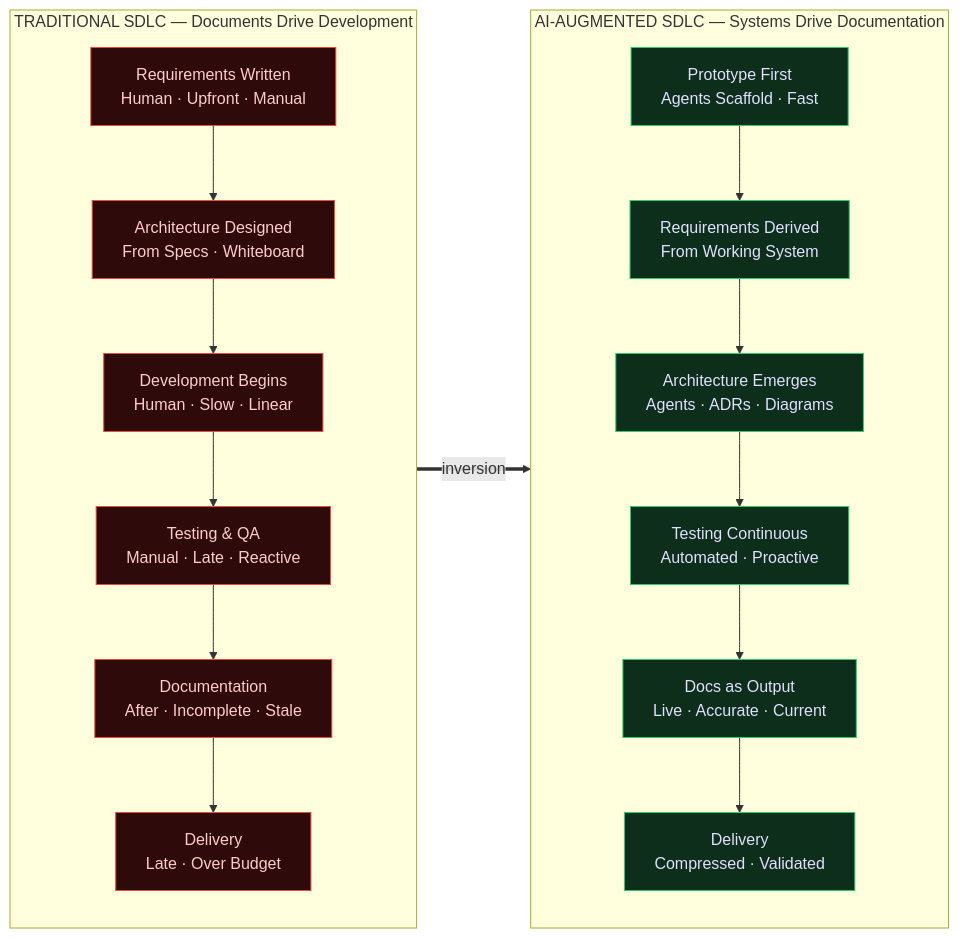
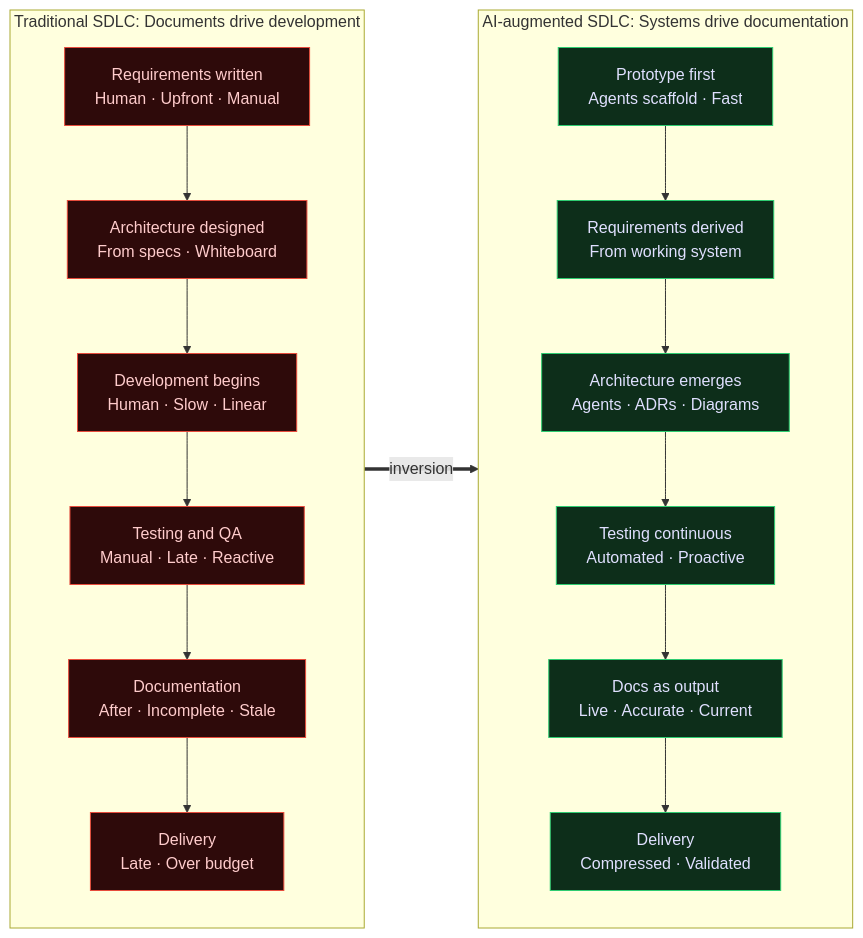
Before and after one commit to bryancalabro/bryancalabro: the fourth of 12 diagrams in README.md, drawn with Mermaid. The commit also changed other lines of this file and 1 other file, not shown here.

First line of the commit message:
Profile: generated diagrams and recent apps, sentence case, no em dashes

````diff
--- a/README.md
+++ b/README.md
@@ -214,32 +227,32 @@
 ```mermaid
 flowchart LR
-    subgraph BEFORE["TRADITIONAL SDLC — Documents Drive Development"]
+    subgraph BEFORE["Traditional SDLC: Documents drive development"]
         direction TB
-        B1["Requirements Written<br/>Human · Upfront · Manual"]
-        B2["Architecture Designed<br/>From Specs · Whiteboard"]
-        B3["Development Begins<br/>Human · Slow · Linear"]
-        B4["Testing & QA<br/>Manual · Late · Reactive"]
+        B1["Requirements written<br/>Human · Upfront · Manual"]
+        B2["Architecture designed<br/>From specs · Whiteboard"]
+        B3["Development begins<br/>Human · Slow · Linear"]
+        B4["Testing and QA<br/>Manual · Late · Reactive"]
         B5["Documentation<br/>After · Incomplete · Stale"]
-        B6["Delivery<br/>Late · Over Budget"]
+        B6["Delivery<br/>Late · Over budget"]
         B1 --> B2 --> B3 --> B4 --> B5 --> B6
     end
 
     BEFORE ==>|inversion| AFTER
 
-    subgraph AFTER["AI-AUGMENTED SDLC — Systems Drive Documentation"]
+    subgraph AFTER["AI-augmented SDLC: Systems drive documentation"]
         direction TB
-        A1["Prototype First<br/>Agents Scaffold · Fast"]
-        A2["Requirements Derived<br/>From Working System"]
-        A3["Architecture Emerges<br/>Agents · ADRs · Diagrams"]
-        A4["Testing Continuous<br/>Automated · Proactive"]
-        A5["Docs as Output<br/>Live · Accurate · Current"]
+        A1["Prototype first<br/>Agents scaffold · Fast"]
+        A2["Requirements derived<br/>From working system"]
+        A3["Architecture emerges<br/>Agents · ADRs · Diagrams"]
+        A4["Testing continuous<br/>Automated · Proactive"]
+        A5["Docs as output<br/>Live · Accurate · Current"]
         A6["Delivery<br/>Compressed · Validated"]
         A1 --> A2 --> A3 --> A4 --> A5 --> A6
     end
 
     classDef beforeStyle fill:#2e0a0a,stroke:#e74c3c,color:#ffcccc
     classDef afterStyle fill:#0d2e1a,stroke:#2ecc71,color:#e0e0ff
 
     class B1,B2,B3,B4,B5,B6 beforeStyle
     class A1,A2,A3,A4,A5,A6 afterStyle
 ```
````
